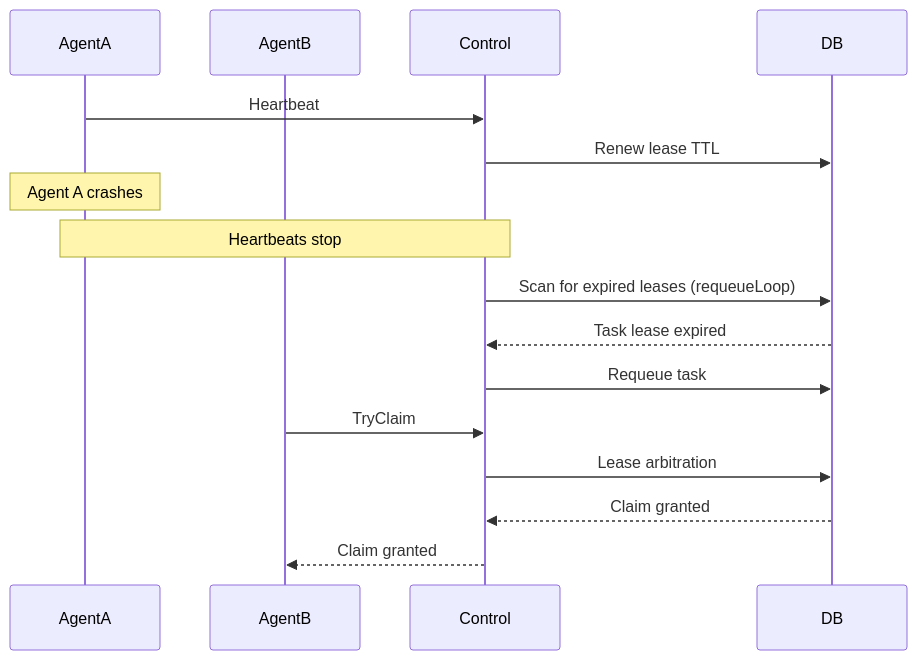
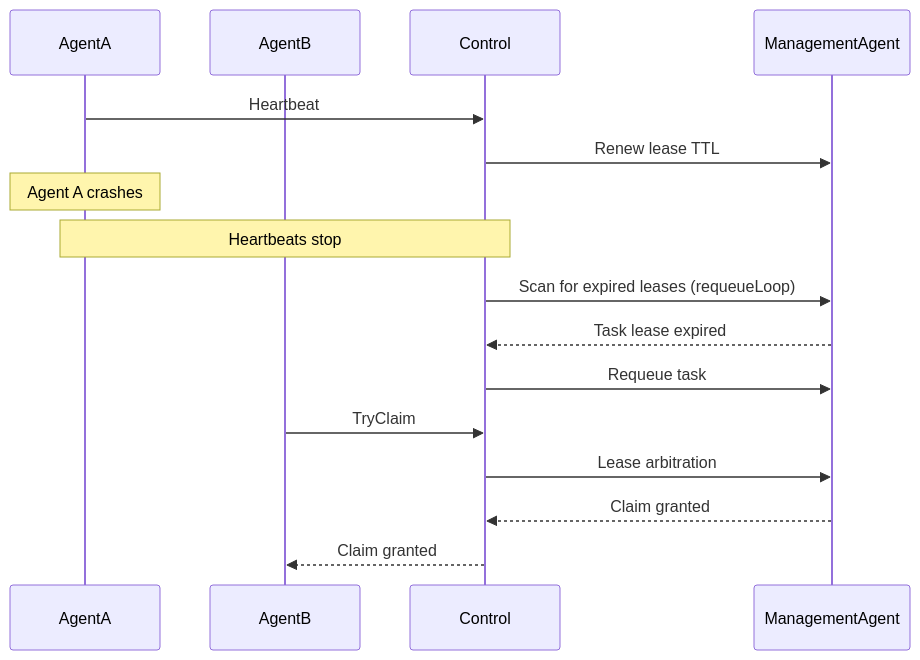
The third of 4 diagrams in README.md (Team-Gurumi/MC-prototype), drawn with Mermaid before and after one commit. The commit also changed other lines of this file and 1 other file, not shown here.

Commit message:
docs: generalize state backend in paper-facing diagrams

````diff
--- a/README.md
+++ b/README.md
@@ -102,19 +102,19 @@
 ```mermaid
 sequenceDiagram
     participant AgentA
     participant AgentB
     participant Control
-    participant DB
+    participant ManagementAgent
 
     AgentA->>Control: Heartbeat
-    Control->>DB: Renew lease TTL
+    Control->>ManagementAgent: Renew lease TTL
     Note over AgentA: Agent A crashes
     Note over AgentA,Control: Heartbeats stop
-    Control->>DB: Scan for expired leases (requeueLoop)
-    DB-->>Control: Task lease expired
-    Control->>DB: Requeue task
+    Control->>ManagementAgent: Scan for expired leases (requeueLoop)
+    ManagementAgent-->>Control: Task lease expired
+    Control->>ManagementAgent: Requeue task
     AgentB->>Control: TryClaim
-    Control->>DB: Lease arbitration
-    DB-->>Control: Claim granted
+    Control->>ManagementAgent: Lease arbitration
+    ManagementAgent-->>Control: Claim granted
     Control-->>AgentB: Claim granted
 ```
````
